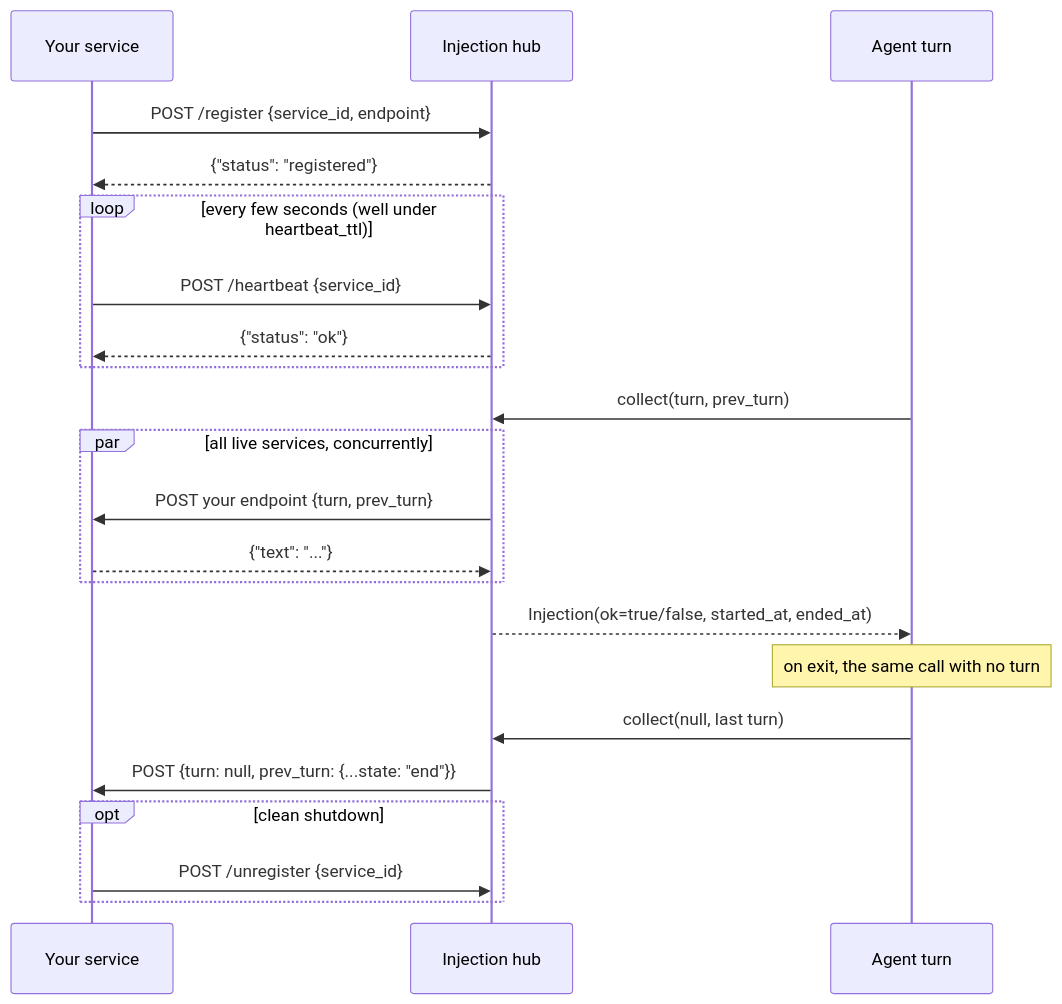
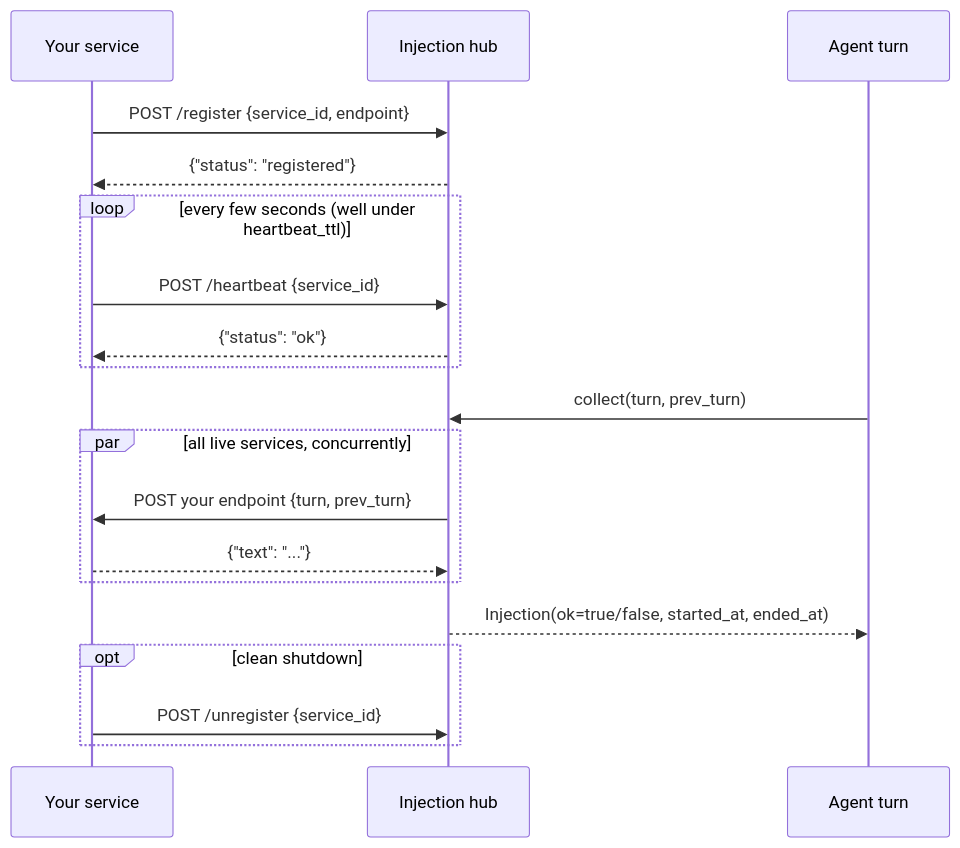
One commit to DarkSpaceY/NAN-itself changed the first of 3 diagrams in docs/for-service-authors/injection-service.md. Above: the diagram before and after it, drawn with Mermaid. The commit also changed other lines of this file and 22 other files, not shown here.

````diff
--- a/docs/for-service-authors/injection-service.md
+++ b/docs/for-service-authors/injection-service.md
@@ -10,29 +10,25 @@
 ```mermaid
 sequenceDiagram
     participant S as Your service
     participant H as Injection hub
     participant A as Agent turn
 
     S->>H: POST /register {service_id, endpoint}
     H-->>S: {"status": "registered"}
 
     loop every few seconds (well under heartbeat_ttl)
         S->>H: POST /heartbeat {service_id}
         H-->>S: {"status": "ok"}
     end
 
     A->>H: collect(turn, prev_turn)
     par all live services, concurrently
         H->>S: POST your endpoint {turn, prev_turn}
         S-->>H: {"text": "..."}
     end
     H-->>A: Injection(ok=true/false, started_at, ended_at)
 
-    Note over A: on exit, the same call with no turn
-    A->>H: collect(null, last turn)
-    H->>S: POST {turn: null, prev_turn: {...state: "end"}}
-
     opt clean shutdown
         S->>H: POST /unregister {service_id}
     end
 ```
````
